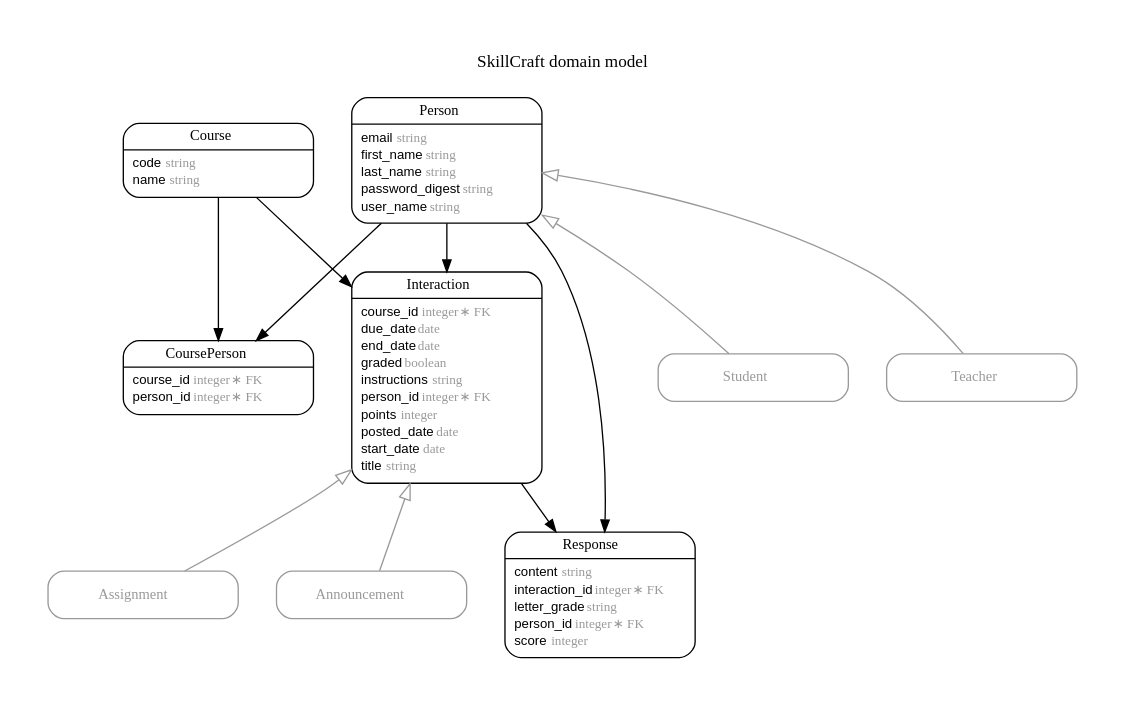
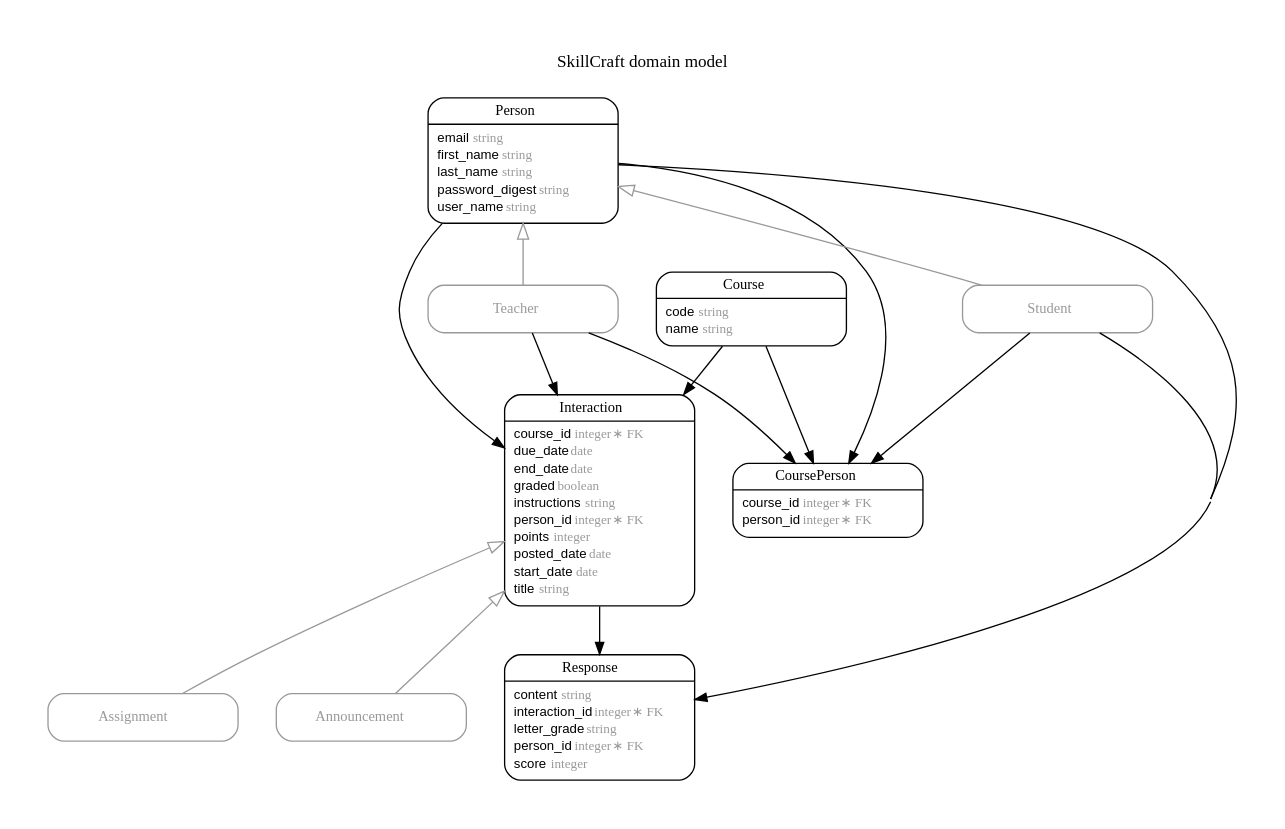
Before and after one commit to FergusDevelopmentLLC/skillcraft: the diagram in erd.dot, drawn with Graphviz. The commit also changed 34 other files, not shown here.

```diff
--- a/erd.dot
+++ b/erd.dot
@@ -1,101 +1,105 @@
 digraph SkillCraft {
 rankdir = "LR";
 ranksep = "0.5";
 nodesep = "0.4";
 pad = "0.4,0.4";
 margin = "0,0";
 concentrate = "true";
 labelloc = "t";
 fontsize = "13";
 fontname = "Arial Bold";
 splines = "spline";
 node[ shape  =  "Mrecord" , fontsize  =  "10" , fontname  =  "Arial" , margin  =  "0.07,0.05" , penwidth  =  "1.0"];
 edge[ fontname  =  "Arial" , fontsize  =  "7" , dir  =  "both" , arrowsize  =  "0.9" , penwidth  =  "1.0" , labelangle  =  "32" , labeldistance  =  "1.8"];
 rankdir = "TB";
 label = "SkillCraft domain model\n\n";
 m_Announcement [color = "grey60", fontcolor = "grey60", label = <{<table border="0" align="center" cellspacing="0.5" cellpadding="0" width="134">
   <tr><td align="center" valign="bottom" width="130"><font face="Arial Bold" point-size="11">Announcement</font></td></tr>
 </table>
 }>];
 m_Assignment [color = "grey60", fontcolor = "grey60", label = <{<table border="0" align="center" cellspacing="0.5" cellpadding="0" width="134">
   <tr><td align="center" valign="bottom" width="130"><font face="Arial Bold" point-size="11">Assignment</font></td></tr>
 </table>
 }>];
 m_Course [label = <{<table border="0" align="center" cellspacing="0.5" cellpadding="0" width="134">
   <tr><td align="center" valign="bottom" width="130"><font face="Arial Bold" point-size="11">Course</font></td></tr>
 </table>
 |
 <table border="0" align="left" cellspacing="2" cellpadding="0" width="134">
   <tr><td align="left" width="130" port="code">code <font face="Arial Italic" color="grey60">string</font></td></tr>
   <tr><td align="left" width="130" port="name">name <font face="Arial Italic" color="grey60">string</font></td></tr>
 </table>
 }>];
 m_CoursePerson [label = <{<table border="0" align="center" cellspacing="0.5" cellpadding="0" width="134">
   <tr><td align="center" valign="bottom" width="130"><font face="Arial Bold" point-size="11">CoursePerson</font></td></tr>
 </table>
 |
 <table border="0" align="left" cellspacing="2" cellpadding="0" width="134">
   <tr><td align="left" width="130" port="course_id">course_id <font face="Arial Italic" color="grey60">integer ∗ FK</font></td></tr>
   <tr><td align="left" width="130" port="person_id">person_id <font face="Arial Italic" color="grey60">integer ∗ FK</font></td></tr>
 </table>
 }>];
 m_Interaction [label = <{<table border="0" align="center" cellspacing="0.5" cellpadding="0" width="134">
   <tr><td align="center" valign="bottom" width="130"><font face="Arial Bold" point-size="11">Interaction</font></td></tr>
 </table>
 |
 <table border="0" align="left" cellspacing="2" cellpadding="0" width="134">
   <tr><td align="left" width="130" port="course_id">course_id <font face="Arial Italic" color="grey60">integer ∗ FK</font></td></tr>
   <tr><td align="left" width="130" port="due_date">due_date <font face="Arial Italic" color="grey60">date</font></td></tr>
   <tr><td align="left" width="130" port="end_date">end_date <font face="Arial Italic" color="grey60">date</font></td></tr>
   <tr><td align="left" width="130" port="graded">graded <font face="Arial Italic" color="grey60">boolean</font></td></tr>
   <tr><td align="left" width="130" port="instructions">instructions <font face="Arial Italic" color="grey60">string</font></td></tr>
   <tr><td align="left" width="130" port="person_id">person_id <font face="Arial Italic" color="grey60">integer ∗ FK</font></td></tr>
   <tr><td align="left" width="130" port="points">points <font face="Arial Italic" color="grey60">integer</font></td></tr>
   <tr><td align="left" width="130" port="posted_date">posted_date <font face="Arial Italic" color="grey60">date</font></td></tr>
   <tr><td align="left" width="130" port="start_date">start_date <font face="Arial Italic" color="grey60">date</font></td></tr>
   <tr><td align="left" width="130" port="title">title <font face="Arial Italic" color="grey60">string</font></td></tr>
 </table>
 }>];
 m_Person [label = <{<table border="0" align="center" cellspacing="0.5" cellpadding="0" width="134">
   <tr><td align="center" valign="bottom" width="130"><font face="Arial Bold" point-size="11">Person</font></td></tr>
 </table>
 |
 <table border="0" align="left" cellspacing="2" cellpadding="0" width="134">
   <tr><td align="left" width="130" port="email">email <font face="Arial Italic" color="grey60">string</font></td></tr>
   <tr><td align="left" width="130" port="first_name">first_name <font face="Arial Italic" color="grey60">string</font></td></tr>
   <tr><td align="left" width="130" port="last_name">last_name <font face="Arial Italic" color="grey60">string</font></td></tr>
   <tr><td align="left" width="130" port="password_digest">password_digest <font face="Arial Italic" color="grey60">string</font></td></tr>
   <tr><td align="left" width="130" port="user_name">user_name <font face="Arial Italic" color="grey60">string</font></td></tr>
 </table>
 }>];
 m_Response [label = <{<table border="0" align="center" cellspacing="0.5" cellpadding="0" width="134">
   <tr><td align="center" valign="bottom" width="130"><font face="Arial Bold" point-size="11">Response</font></td></tr>
 </table>
 |
 <table border="0" align="left" cellspacing="2" cellpadding="0" width="134">
   <tr><td align="left" width="130" port="content">content <font face="Arial Italic" color="grey60">string</font></td></tr>
   <tr><td align="left" width="130" port="interaction_id">interaction_id <font face="Arial Italic" color="grey60">integer ∗ FK</font></td></tr>
   <tr><td align="left" width="130" port="letter_grade">letter_grade <font face="Arial Italic" color="grey60">string</font></td></tr>
   <tr><td align="left" width="130" port="person_id">person_id <font face="Arial Italic" color="grey60">integer ∗ FK</font></td></tr>
   <tr><td align="left" width="130" port="score">score <font face="Arial Italic" color="grey60">integer</font></td></tr>
 </table>
 }>];
 m_Student [color = "grey60", fontcolor = "grey60", label = <{<table border="0" align="center" cellspacing="0.5" cellpadding="0" width="134">
   <tr><td align="center" valign="bottom" width="130"><font face="Arial Bold" point-size="11">Student</font></td></tr>
 </table>
 }>];
 m_Teacher [color = "grey60", fontcolor = "grey60", label = <{<table border="0" align="center" cellspacing="0.5" cellpadding="0" width="134">
   <tr><td align="center" valign="bottom" width="130"><font face="Arial Bold" point-size="11">Teacher</font></td></tr>
 </table>
 }>];
   m_Interaction -> m_Announcement [color = "grey60", arrowtail = "onormal", arrowhead = "none", arrowsize = "1.2"];
   m_Interaction -> m_Assignment [color = "grey60", arrowtail = "onormal", arrowhead = "none", arrowsize = "1.2"];
   m_Person -> m_Student [color = "grey60", arrowtail = "onormal", arrowhead = "none", arrowsize = "1.2"];
   m_Person -> m_Teacher [color = "grey60", arrowtail = "onormal", arrowhead = "none", arrowsize = "1.2"];
-  m_Person -> m_Response [arrowhead = "normal", arrowtail = "none", weight = "4"];
-  m_Person -> m_Interaction [arrowhead = "normal", arrowtail = "none", weight = "6"];
-  m_Person -> m_CoursePerson [arrowhead = "normal", arrowtail = "none", weight = "4"];
+  m_Student -> m_Response [arrowhead = "normal", arrowtail = "none", weight = "1"];
+  m_Student -> m_CoursePerson [arrowhead = "normal", arrowtail = "none", weight = "1"];
+  m_Teacher -> m_Interaction [arrowhead = "normal", arrowtail = "none", weight = "1"];
+  m_Teacher -> m_CoursePerson [arrowhead = "normal", arrowtail = "none", weight = "1"];
   m_Course -> m_Interaction [arrowhead = "normal", arrowtail = "none", weight = "4"];
+  m_Person -> m_Interaction [arrowhead = "normal", arrowtail = "none", weight = "3"];
   m_Interaction -> m_Response [arrowhead = "normal", arrowtail = "none", weight = "4"];
+  m_Person -> m_CoursePerson [arrowhead = "normal", arrowtail = "none", weight = "1"];
   m_Course -> m_CoursePerson [arrowhead = "normal", arrowtail = "none", weight = "2"];
+  m_Person -> m_Response [arrowhead = "normal", arrowtail = "none", weight = "1"];
 }
```
